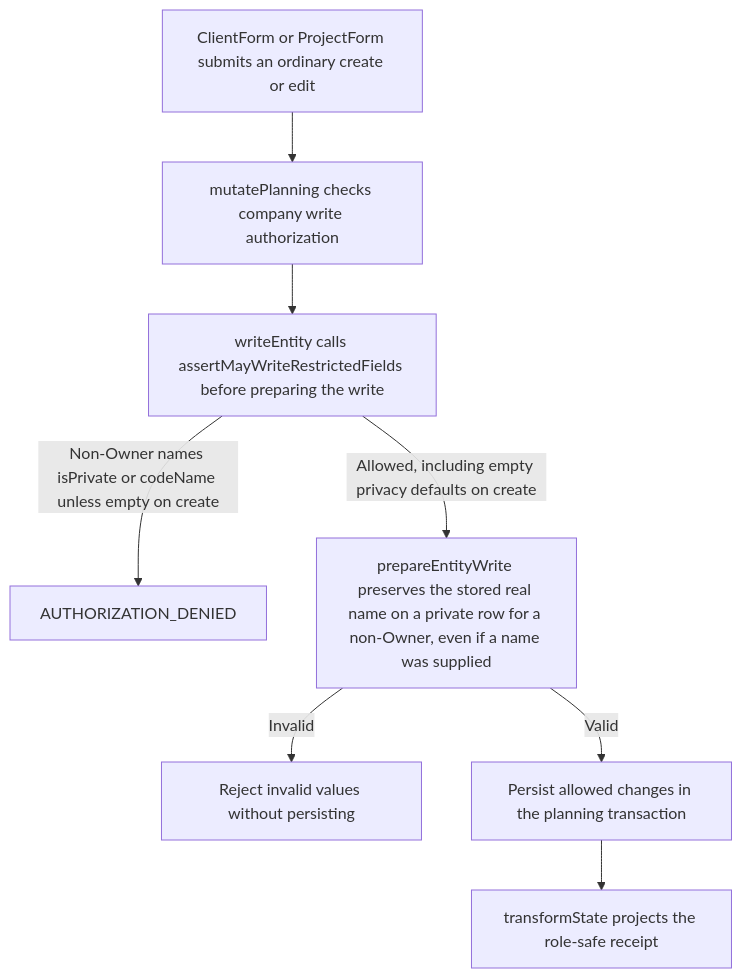
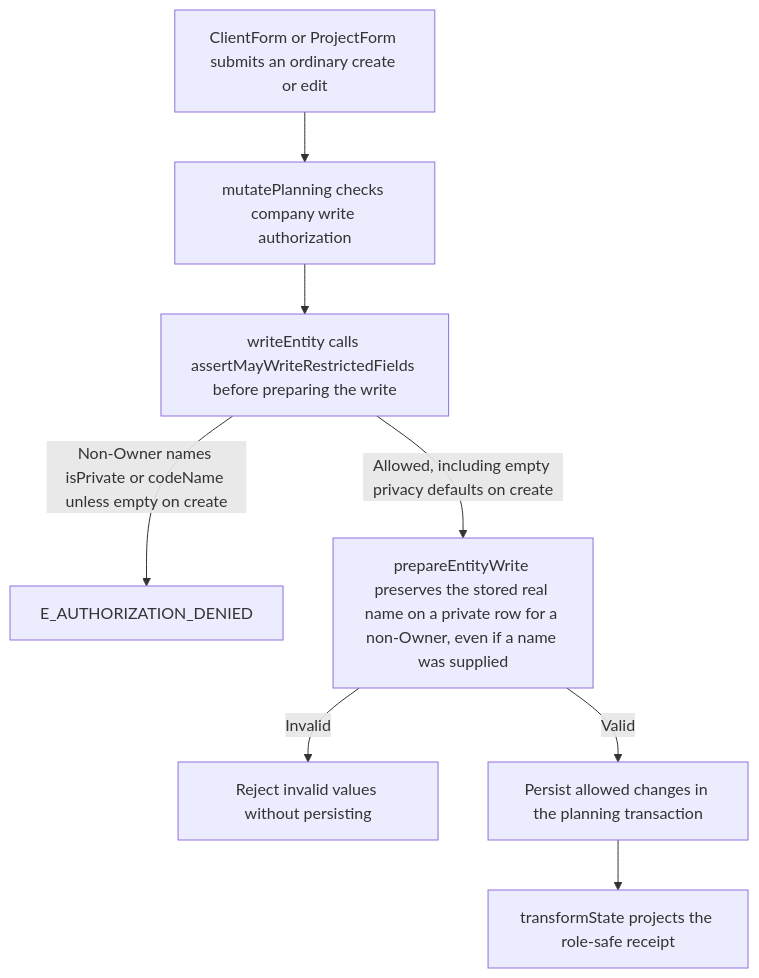
Before and after one commit to Kevinjohn/capacitylens: the second of 2 diagrams in user-stories/privacy/US-PRI-02-preserve-private-identities-on-writes.md, drawn with Mermaid. The commit also changed 159 other files, not shown here.

````diff
--- a/user-stories/privacy/US-PRI-02-preserve-private-identities-on-writes.md
+++ b/user-stories/privacy/US-PRI-02-preserve-private-identities-on-writes.md
@@ -31,10 +31,10 @@
 ```mermaid
 flowchart TD
   edit["ClientForm or ProjectForm submits an ordinary create or edit"] --> mutate["mutatePlanning checks company write authorization"]
   mutate --> restricted["writeEntity calls assertMayWriteRestrictedFields before preparing the write"]
-  restricted -->|Non-Owner names isPrivate or codeName unless empty on create| refused["AUTHORIZATION_DENIED"]
+  restricted -->|Non-Owner names isPrivate or codeName unless empty on create| refused["E_AUTHORIZATION_DENIED"]
   restricted -->|Allowed, including empty privacy defaults on create| prepare["prepareEntityWrite preserves the stored real name on a private row for a non-Owner, even if a name was supplied"]
   prepare -->|Invalid| validation["Reject invalid values without persisting"]
   prepare -->|Valid| persist["Persist allowed changes in the planning transaction"]
   persist --> reply["transformState projects the role-safe receipt"]
 ```
````
